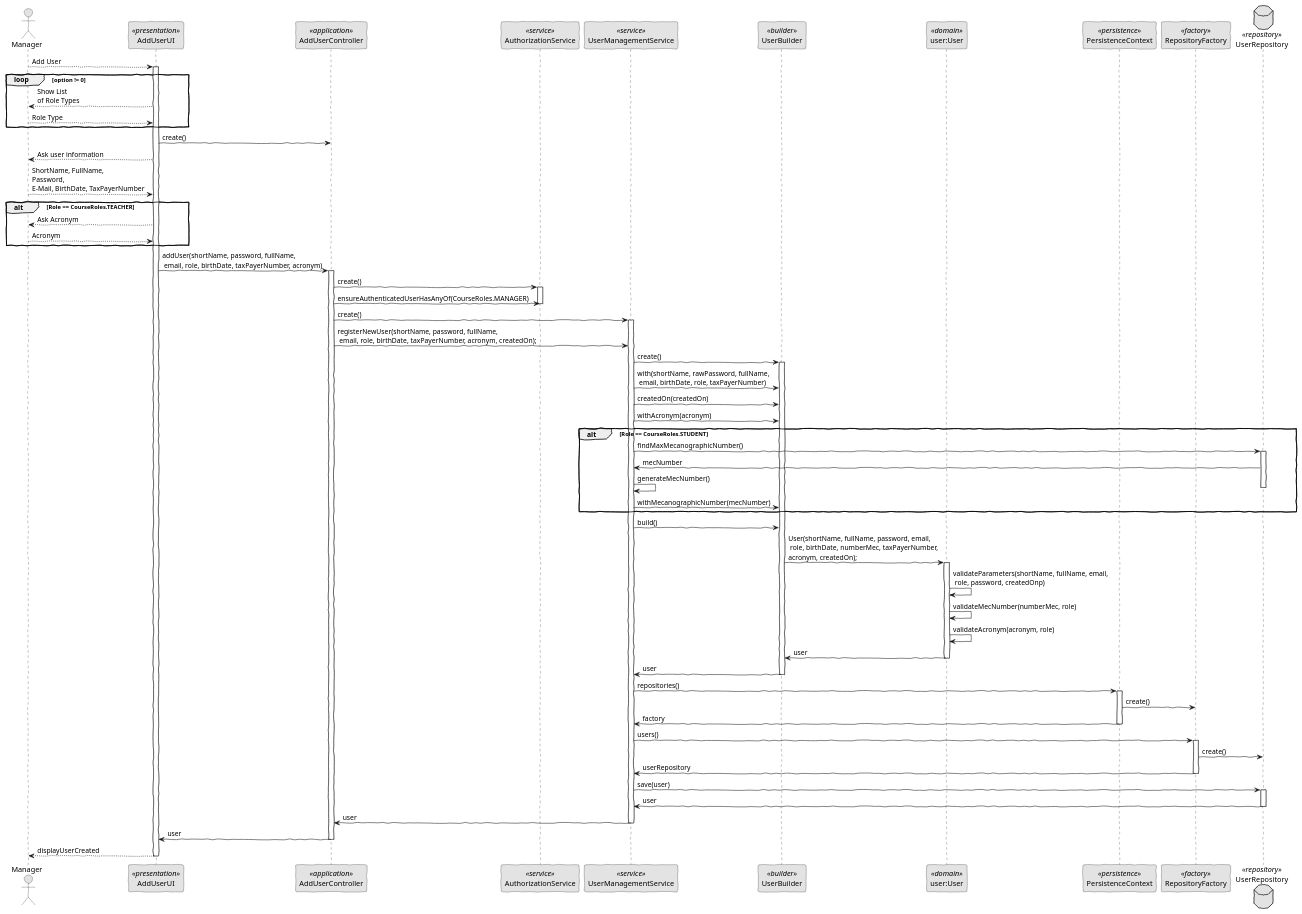
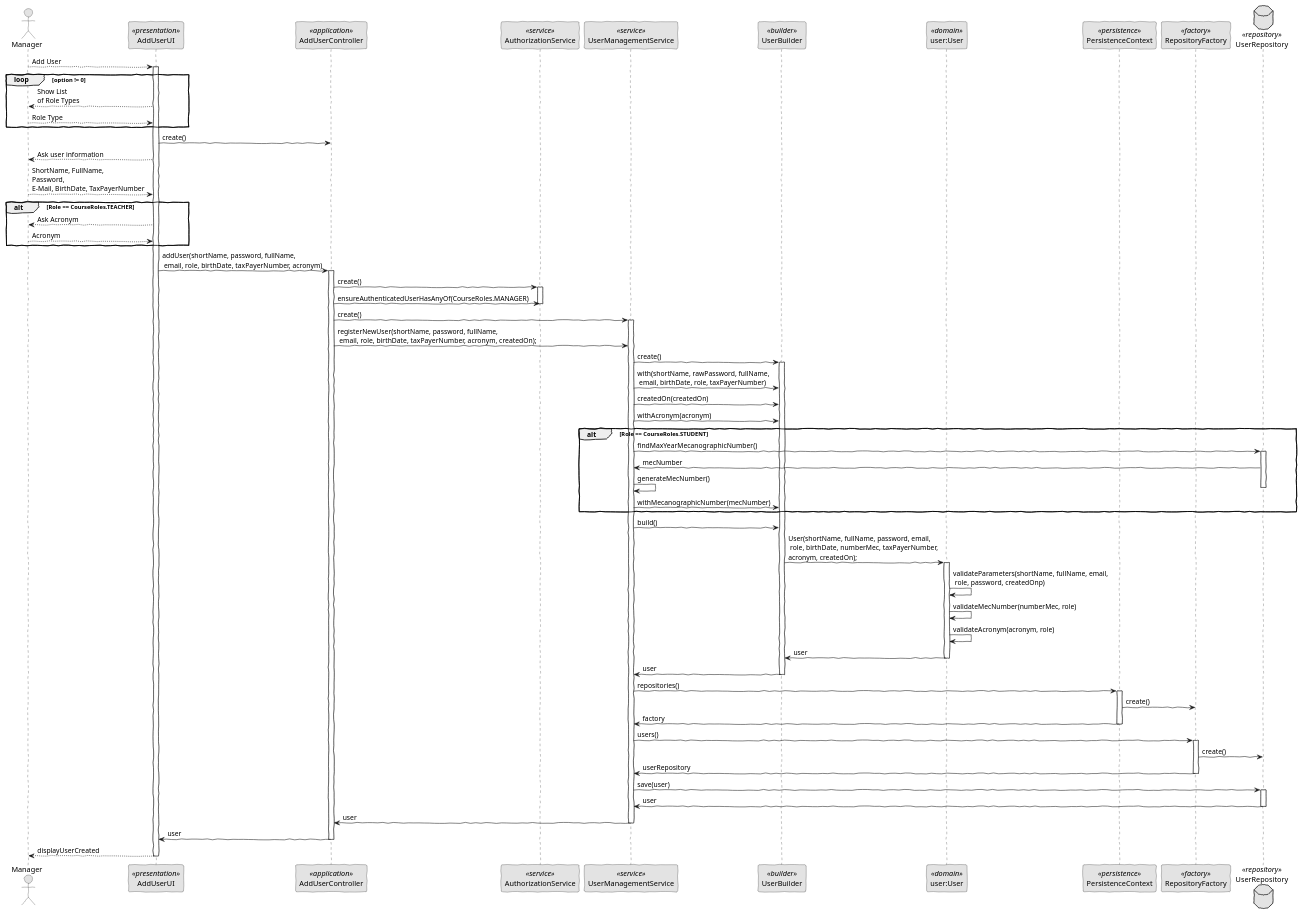
Before and after one commit to brunacosta03/sem4pi_22_23: the diagram in docs/SPRINT B/US_1001/SD/RegisterUser-SD.puml, drawn with PlantUML. The commit also changed 18 other files, not shown here.

```diff
--- a/docs/SPRINT B/US_1001/SD/RegisterUser-SD.puml
+++ b/docs/SPRINT B/US_1001/SD/RegisterUser-SD.puml
@@ -1,102 +1,102 @@
 @startuml
 'http://plantuml.com/skinparam.html
 skinparam handwritten true
 skinparam monochrome true
 skinparam packageStyle rect
 skinparam defaultFontName FG Virgil
 skinparam shadowing false
 
 actor Manager as Actor
 participant AddUserUI as UI <<presentation>>
 participant AddUserController as Controller <<application>>
 participant AuthorizationService as AuthzService <<service>>
 participant UserManagementService as Service <<service>>
 participant UserBuilder as Builder <<builder>>
 participant "user:User" as Domain <<domain>>
 participant PersistenceContext as Persistence <<persistence>>
 participant RepositoryFactory as Factory <<factory>>
 database UserRepository as Repository <<repository>>
 
 
 Actor --> UI: Add User
 activate UI
     loop option != 0
         UI --> Actor: Show List\nof Role Types
         Actor --> UI: Role Type
     end
 
     UI -> Controller: create()
     UI --> Actor: Ask user information
 
     Actor --> UI: ShortName, FullName,\nPassword,\nE-Mail, BirthDate, TaxPayerNumber
 
 
     alt Role == CourseRoles.TEACHER
         UI --> Actor: Ask Acronym
         Actor --> UI: Acronym
     end
 
         
     UI -> Controller: addUser(shortName, password, fullName,\n email, role, birthDate, taxPayerNumber, acronym)
     activate Controller
 
         Controller -> AuthzService: create()
         activate AuthzService
         Controller -> AuthzService: ensureAuthenticatedUserHasAnyOf(CourseRoles.MANAGER)
         deactivate AuthzService
 
     Controller -> Service: create()
     activate Service
     Controller -> Service: registerNewUser(shortName, password, fullName,\n email, role, birthDate, taxPayerNumber, acronym, createdOn);
     
     Service -> Builder: create()
         activate Builder
         Service -> Builder: with(shortName, rawPassword, fullName,\n email, birthDate, role, taxPayerNumber)
         Service -> Builder: createdOn(createdOn)
         Service -> Builder: withAcronym(acronym)
 
         alt Role == CourseRoles.STUDENT
-            Service -> Repository: findMaxMecanographicNumber()
+            Service -> Repository: findMaxYearMecanographicNumber()
             activate Repository
             Repository -> Service: mecNumber
             Service -> Service: generateMecNumber()
             deactivate Repository
             Service -> Builder: withMecanographicNumber(mecNumber)
         end
 
         Service -> Builder: build()
         Builder -> Domain: User(shortName, fullName, password, email,\n role, birthDate, numberMec, taxPayerNumber,\nacronym, createdOn);
         activate Domain
             Domain -> Domain: validateParameters(shortName, fullName, email,\n role, password, createdOnp)
             Domain -> Domain: validateMecNumber(numberMec, role)
             Domain -> Domain: validateAcronym(acronym, role)
             Domain -> Builder: user
         deactivate Domain
             Builder -> Service: user
         deactivate Builder
 
         Service -> Persistence: repositories()
         activate Persistence
         Persistence -> Factory: create()
         Persistence -> Service: factory
         deactivate Persistence
 
         Service -> Factory: users()
         activate Factory
         Factory -> Repository: create()
         Factory -> Service: userRepository
         deactivate Factory
 
         Service -> Repository:save(user)
         activate Repository
         Repository -> Service:user
         deactivate Repository
 
         Service -> Controller:user
         deactivate Service
         Controller -> UI:user
         deactivate Controller
         UI --> Actor: displayUserCreated
 
 deactivate UI
 @enduml
```
